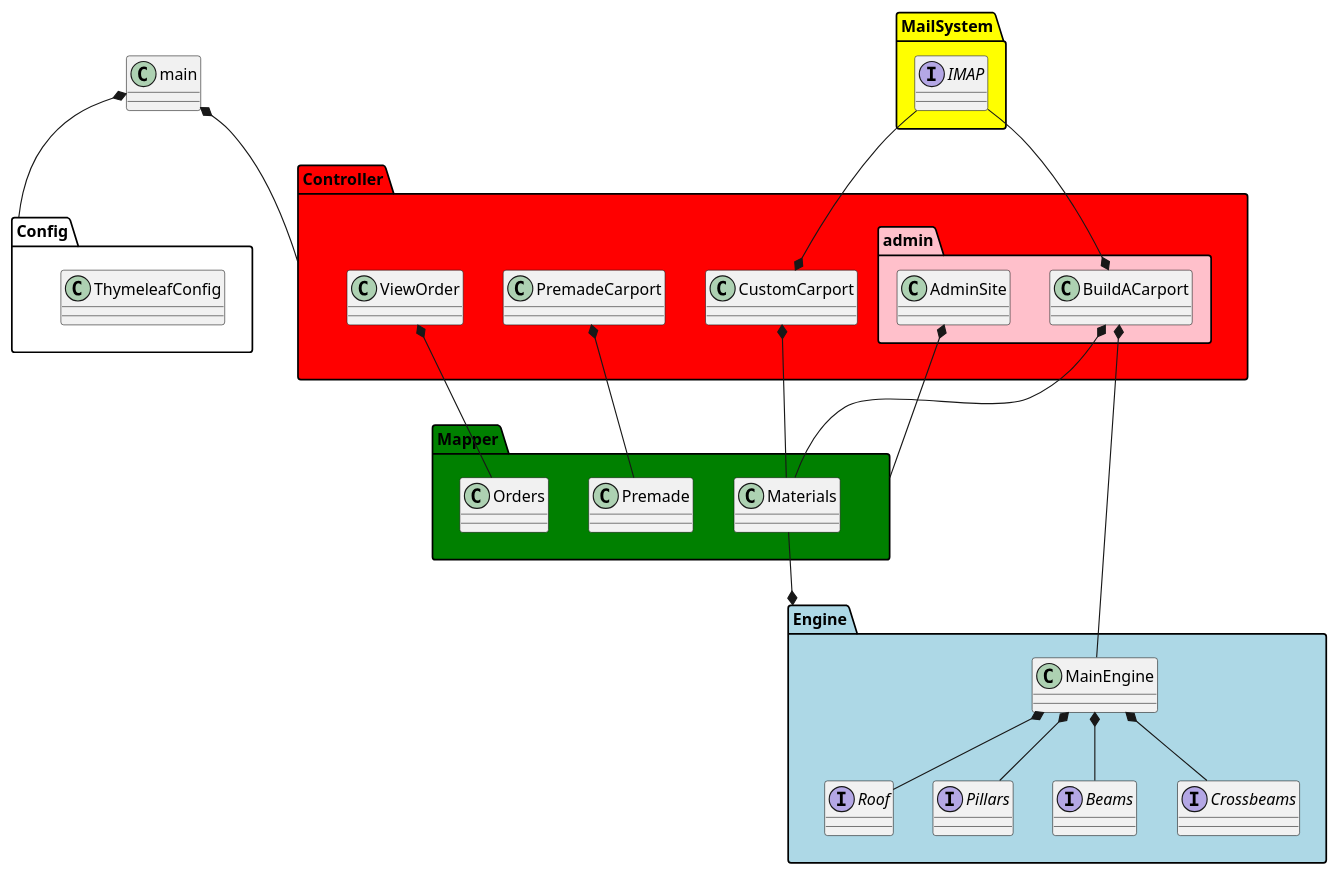
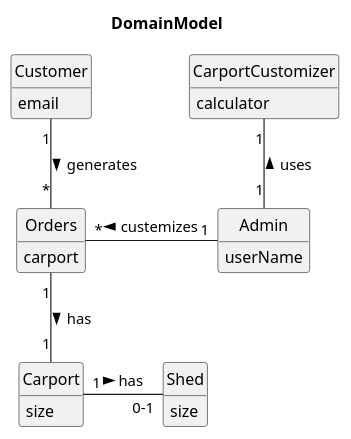
One commit to SirRolin/Carport---GroupB changed the diagram in docs/UML/To-Be/Domain Model/draft1.puml. Above: the diagram before and after it, drawn with PlantUML. The commit also changed 1 other file, not shown here.

Commit message:
made a domain model.. again

```diff
--- a/docs/UML/To-Be/Domain Model/draft1.puml
+++ b/docs/UML/To-Be/Domain Model/draft1.puml
@@ -1,48 +1,32 @@
 @startuml
-'https://plantuml.com/class-diagram
+Title DomainModel
+hide circle
+hide methods
 
-class main
-package "MailSystem" #yellow {
-interface IMAP
+class Customer {
+    email
 }
-package "Config"{
-    class ThymeleafConfig
+class Admin{
+    userName
 }
-package "Controller" #red {
-    class PremadeCarport
-    class CustomCarport
-    class ViewOrder
-    package "admin" #pink {
-    class AdminSite
-    class BuildACarport
-    }
+class Orders{
+    carport
 }
-package "Mapper" #green {
-    class Premade
-    class Orders
-    class Materials
+class Carport{
+    size
 }
-package "Engine" #lightblue {
-    class MainEngine
-    interface Roof
-    interface Pillars
-    interface Beams
-    interface Crossbeams
+class Shed{
+    size
 }
-main *-- "Controller"
-main *-- "Config"
-PremadeCarport *-- Premade
-CustomCarport *-- Materials
-ViewOrder *-- Orders
-IMAP --* CustomCarport
-IMAP --* BuildACarport
-BuildACarport *-- MainEngine
-BuildACarport *-- Materials
-MainEngine *-- Roof
-MainEngine *-- Pillars
-MainEngine *-- Beams
-MainEngine *-- Crossbeams
-AdminSite *-- "Mapper"
-Materials --* "Engine"
+class CarportCustomizer{
+    calculator
+}
+
+Orders "*" -up- "1" Customer: generates <
+Admin "1" -left- "*" Orders: > custemizes
+Orders "1" -down- "1" Carport: has >
+Carport "1" -right- "0-1" Shed: has >
+Admin "1" -up- "1" CarportCustomizer :uses >
+
 
 @enduml
```
